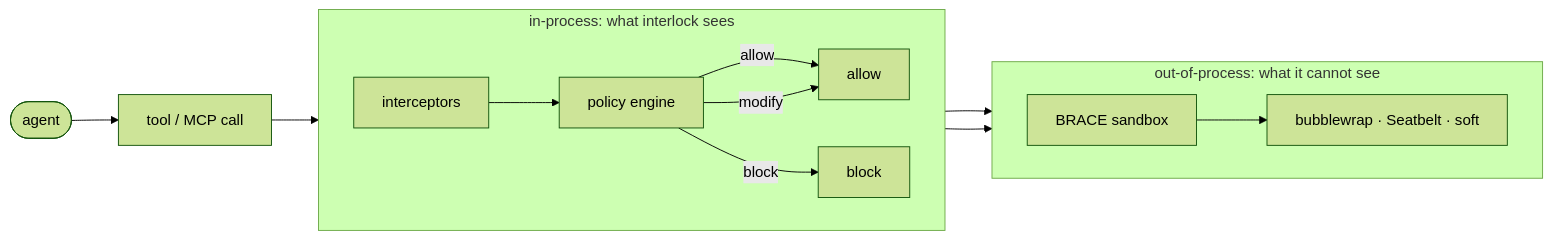
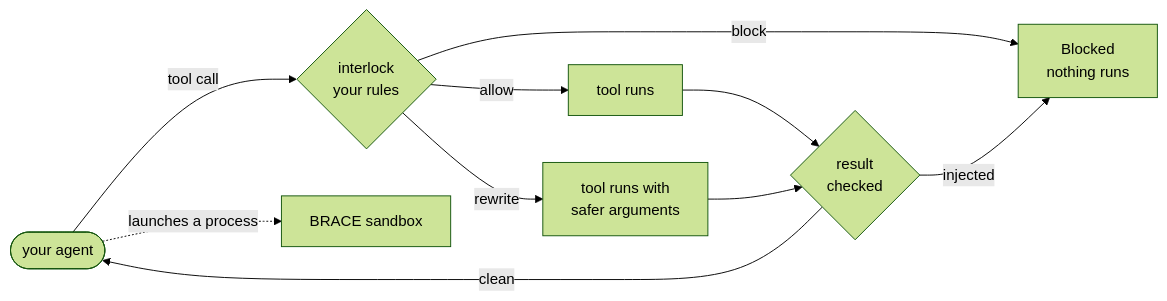
One commit to SourceShift/InterLock changed the diagram in README.md. Above: the diagram before and after it, drawn with Mermaid (forest theme). The commit also changed other lines of this file and 51 other files, not shown here.

````diff
--- a/README.md
+++ b/README.md
@@ -13,21 +61,12 @@
 ```mermaid
 flowchart LR
-    agent([agent]) --> toolcall["tool / MCP call"]
-
-    subgraph inproc["in-process: what interlock sees"]
-        direction LR
-        interceptors["interceptors"] --> engine["policy engine"]
-        engine -->|"allow"| ok["allow"]
-        engine -->|"modify"| ok
-        engine -->|"block"| no["block"]
-    end
-
-    subgraph outproc["out-of-process: what it cannot see"]
-        direction LR
-        brace["BRACE sandbox"] --> backends["bubblewrap · Seatbelt · soft"]
-    end
-
-    toolcall --> interceptors
-    interceptors --> brace
-    engine --> brace
+    agent(["your agent"]) -->|"tool call"| check{"interlock<br/>your rules"}
+    check -->|"allow"| run["tool runs"]
+    check -->|"rewrite"| safer["tool runs with<br/>safer arguments"]
+    check -->|"block"| stop["Blocked<br/>nothing runs"]
+    run --> rcheck{"result<br/>checked"}
+    safer --> rcheck
+    rcheck -->|"clean"| agent
+    rcheck -->|"injected"| stop
+    agent -.->|"launches a process"| brace["BRACE sandbox"]
 ```
````
